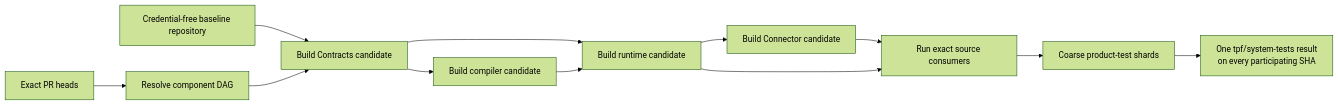
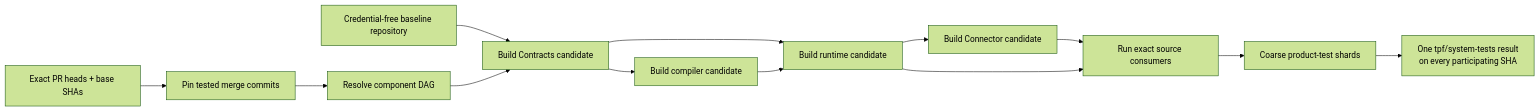
One commit to The-Pipeline-Framework/pipelineframework changed the third of 5 diagrams in docs/evolve/cross-repository-system-tests.md. Above: the diagram before and after it, drawn with Mermaid (forest theme). The commit also changed other lines of this file and 6 other files, not shown here.

Commit message:
Test compatibility candidates on merge commits

````diff
--- a/docs/evolve/cross-repository-system-tests.md
+++ b/docs/evolve/cross-repository-system-tests.md
@@ -166,14 +168,15 @@
 ```mermaid
 flowchart LR
-    PRs[Exact PR heads] --> Resolve[Resolve component DAG]
+    PRs[Exact PR heads + base SHAs] --> Merge[Pin tested merge commits]
+    Merge --> Resolve[Resolve component DAG]
     Baseline[Credential-free baseline repository] --> Contracts
     Resolve --> Contracts[Build Contracts candidate]
     Contracts --> Compiler[Build compiler candidate]
     Contracts --> Runtime[Build runtime candidate]
     Compiler --> Runtime
     Runtime --> Connectors[Build Connector candidate]
     Connectors --> Consumers[Run exact source consumers]
     Runtime --> Consumers
     Consumers --> Shards[Coarse product-test shards]
     Shards --> Status[One tpf/system-tests result<br/>on every participating SHA]
 ```
````
